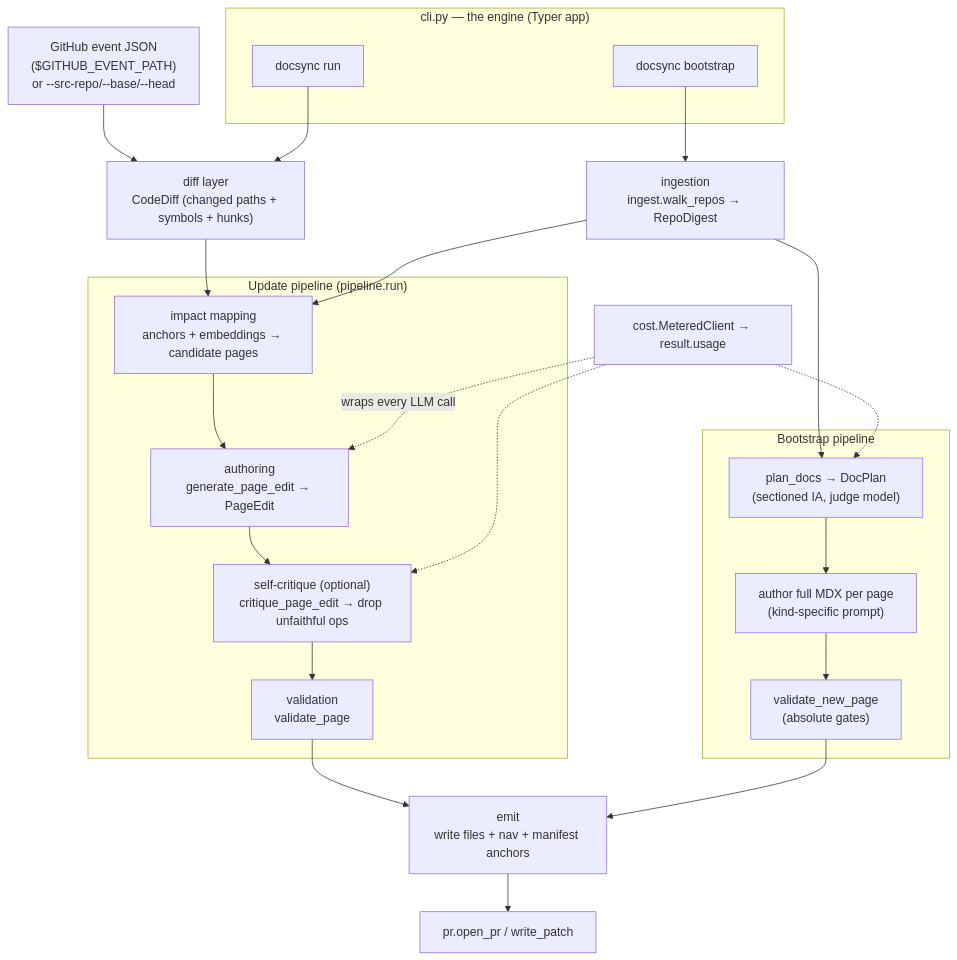
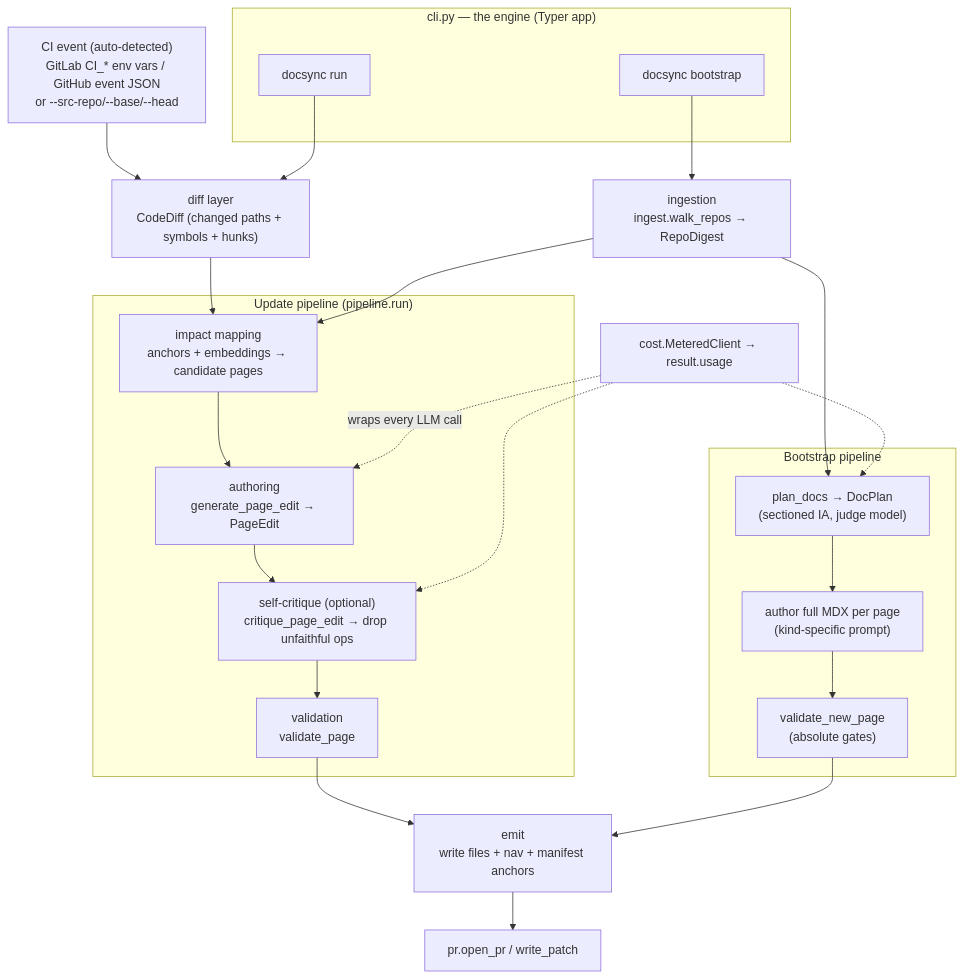
The diagram in docs/architecture/system-overview.mdx (venaTeam/docsync), drawn with Mermaid before and after one commit. The commit also changed other lines of this file and 4 other files, not shown here.

````diff
--- a/docs/architecture/system-overview.mdx
+++ b/docs/architecture/system-overview.mdx
@@ -31,39 +31,39 @@
 ```mermaid
 flowchart TD
     subgraph CLI["cli.py — the engine (Typer app)"]
         RUN["docsync run"]
         BOOT["docsync bootstrap"]
     end
 
-    EVENT["GitHub event JSON\n($GITHUB_EVENT_PATH)\nor --src-repo/--base/--head"]
+    EVENT["CI event (auto-detected)\nGitLab CI_* env vars / GitHub event JSON\nor --src-repo/--base/--head"]
     DIFF["diff layer\nCodeDiff (changed paths + symbols + hunks)"]
     INGEST["ingestion\ningest.walk_repos → RepoDigest"]
 
     subgraph UPDATE["Update pipeline (pipeline.run)"]
         IMPACT["impact mapping\nanchors + embeddings → candidate pages"]
         EDIT["authoring\ngenerate_page_edit → PageEdit"]
         CRIT["self-critique (optional)\ncritique_page_edit → drop unfaithful ops"]
         VAL["validation\nvalidate_page"]
     end
 
     subgraph BOOTSTRAP["Bootstrap pipeline"]
         PLAN["plan_docs → DocPlan\n(sectioned IA, judge model)"]
         AUTH["author full MDX per page\n(kind-specific prompt)"]
         VALNEW["validate_new_page\n(absolute gates)"]
     end
 
     EMIT["emit\nwrite files + nav + manifest anchors"]
     PR["pr.open_pr / write_patch"]
     METER["cost.MeteredClient → result.usage"]
 
     EVENT --> DIFF
     RUN --> DIFF
     DIFF --> IMPACT
     INGEST --> IMPACT
     IMPACT --> EDIT --> CRIT --> VAL --> EMIT
     BOOT --> INGEST --> PLAN --> AUTH --> VALNEW --> EMIT
     EMIT --> PR
     METER -.wraps every LLM call.-> EDIT
     METER -.-> PLAN
     METER -.-> CRIT
 ```
````
